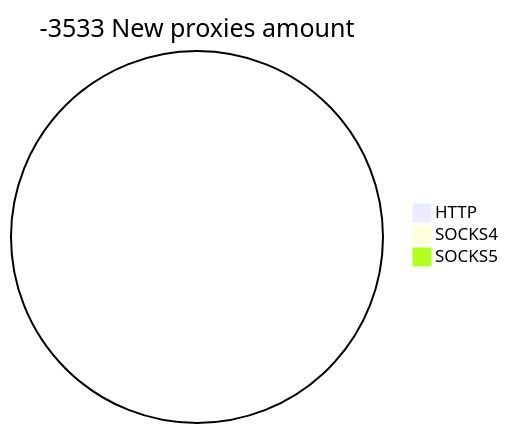
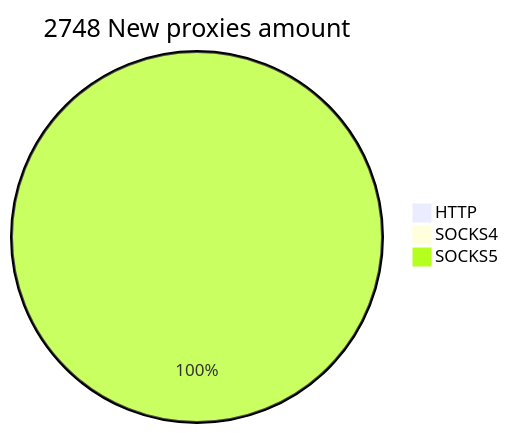
One commit to cutipu/proxylist changed the second of 2 diagrams in README.md. Above: the diagram before and after it, drawn with Mermaid. The commit also changed other lines of this file, not shown here.

````diff
--- a/README.md
+++ b/README.md
@@ -10,6 +10,6 @@
 ```mermaid
-pie title -3533 New proxies amount
+pie title 2748 New proxies amount
     "HTTP" : 0
     "SOCKS4" : 0
-    "SOCKS5" : 0
+    "SOCKS5" : 2748
 ```
````
